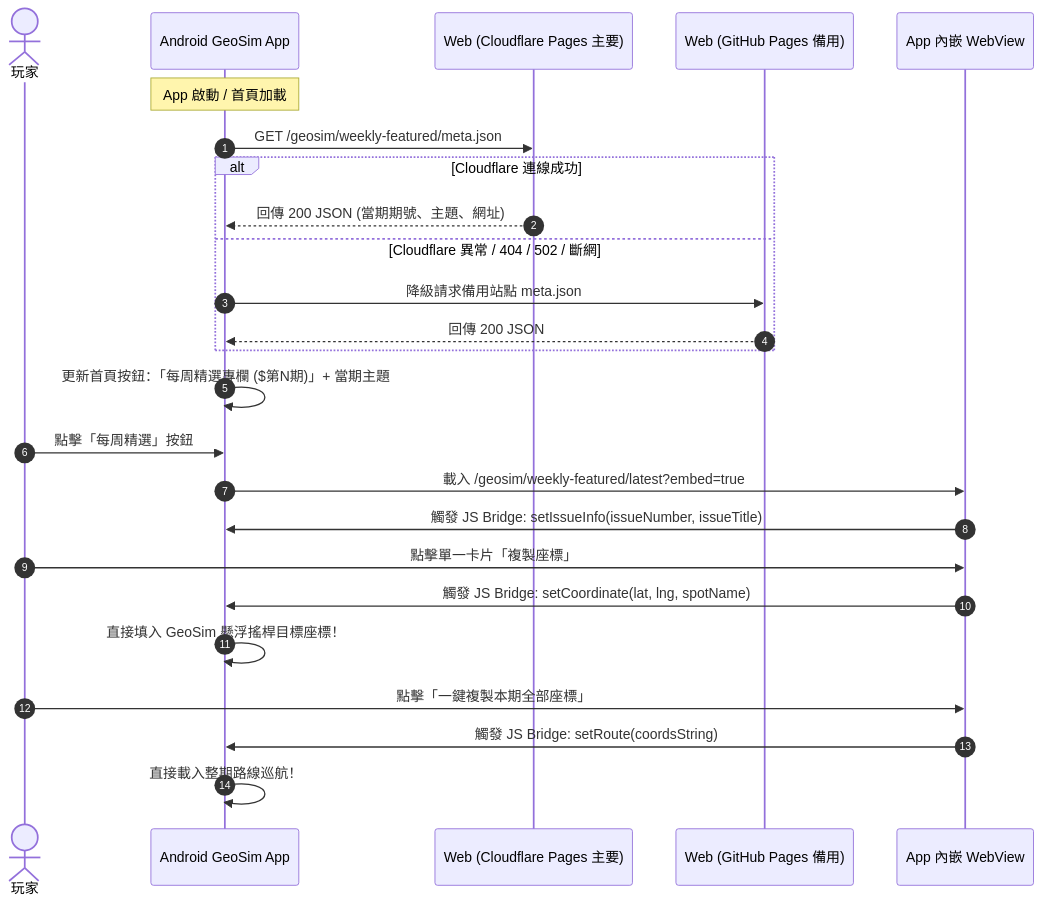
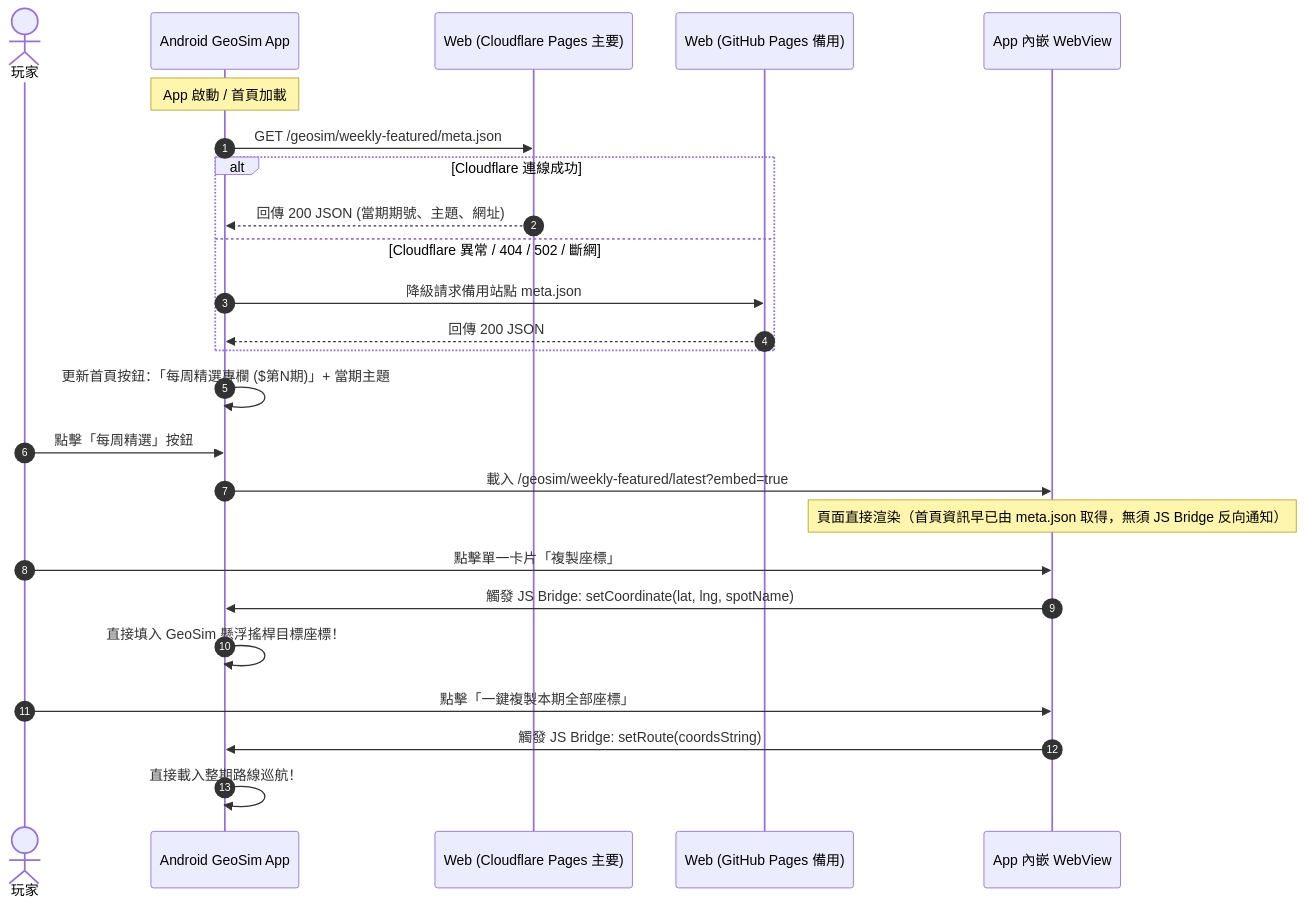
One commit to kairosvector/kairosvector.github.io changed the diagram in docs/GEOSIM_ANDROID_SPEC.md. Above: the diagram before and after it, drawn with Mermaid. The commit also changed other lines of this file and 2 other files, not shown here.

Commit message:
refactor: remove setIssueInfo in favor of meta.json and update Android integration spec

````diff
--- a/docs/GEOSIM_ANDROID_SPEC.md
+++ b/docs/GEOSIM_ANDROID_SPEC.md
@@ -14,31 +14,31 @@
 ```mermaid
 sequenceDiagram
     autonumber
     actor User as 玩家
     participant App as Android GeoSim App
     participant Cloudflare as Web (Cloudflare Pages 主要)
     participant GH as Web (GitHub Pages 備用)
     participant WebView as App 內嵌 WebView
 
     Note over App: App 啟動 / 首頁加載
     App->>Cloudflare: GET /geosim/weekly-featured/meta.json
     alt Cloudflare 連線成功
         Cloudflare-->>App: 回傳 200 JSON (當期期號、主題、網址)
     else Cloudflare 異常 / 404 / 502 / 斷網
         App->>GH: 降級請求備用站點 meta.json
         GH-->>App: 回傳 200 JSON
     end
     App->>App: 更新首頁按鈕：「每周精選專欄 ($第N期)」+ 當期主題
 
     User->>App: 點擊「每周精選」按鈕
     App->>WebView: 載入 /geosim/weekly-featured/latest?embed=true
-    WebView->>App: 觸發 JS Bridge: setIssueInfo(issueNumber, issueTitle)
+    Note over WebView: 頁面直接渲染（首頁資訊早已由 meta.json 取得，無須 JS Bridge 反向通知）
     
     User->>WebView: 點擊單一卡片「複製座標」
     WebView->>App: 觸發 JS Bridge: setCoordinate(lat, lng, spotName)
     App->>App: 直接填入 GeoSim 懸浮搖桿目標座標！
     
     User->>WebView: 點擊「一鍵複製本期全部座標」
     WebView->>App: 觸發 JS Bridge: setRoute(coordsString)
     App->>App: 直接載入整期路線巡航！
 ```
````
